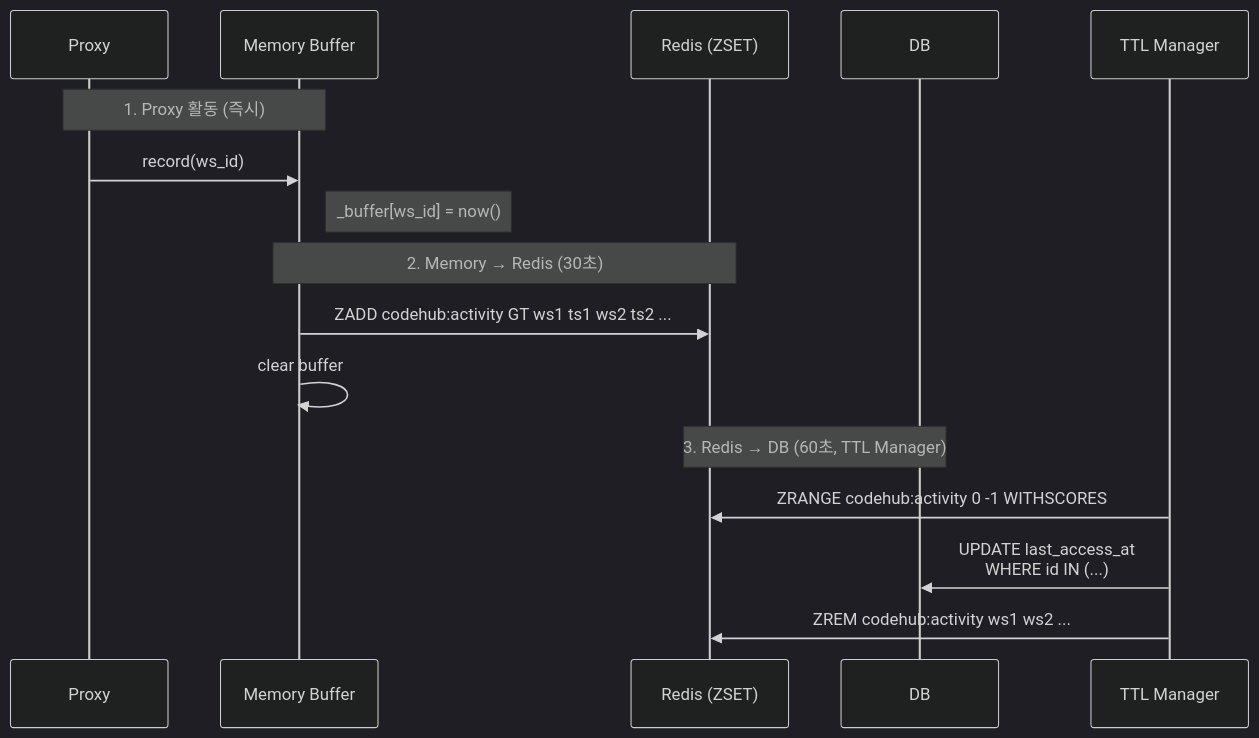
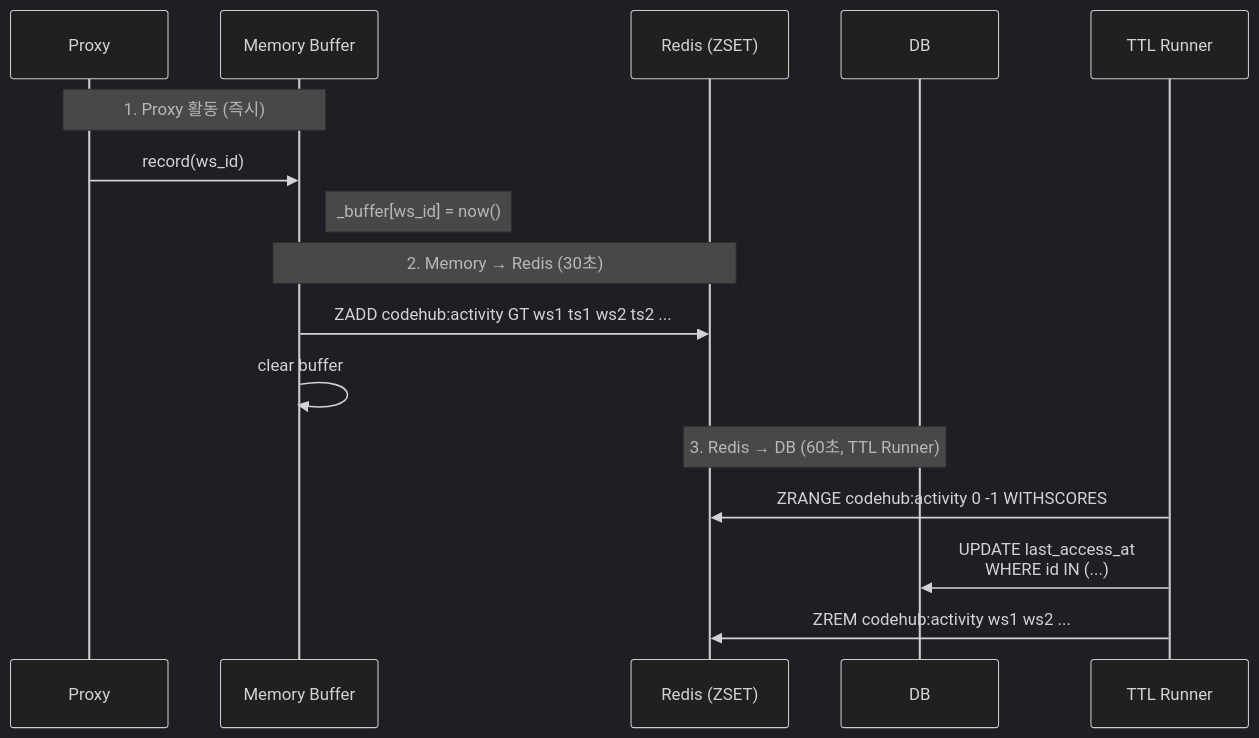
One commit to cagojeiger/code-hub changed the first of 5 diagrams in docs/architecture/ttl-manager.md. Above: the diagram before and after it, drawn with Mermaid (dark theme). The commit also changed other lines of this file and 8 other files, not shown here.

````diff
--- a/docs/architecture/ttl-manager.md
+++ b/docs/architecture/ttl-manager.md
@@ -36,21 +36,21 @@
 ```mermaid
 sequenceDiagram
     participant P as Proxy
     participant M as Memory Buffer
     participant R as Redis (ZSET)
     participant D as DB
-    participant T as TTL Manager
+    participant T as TTL Runner
 
     Note over P,M: 1. Proxy 활동 (즉시)
     P->>M: record(ws_id)
     Note right of M: _buffer[ws_id] = now()
 
     Note over M,R: 2. Memory → Redis (30초)
     M->>R: ZADD codehub:activity GT ws1 ts1 ws2 ts2 ...
     M->>M: clear buffer
 
-    Note over R,D: 3. Redis → DB (60초, TTL Manager)
+    Note over R,D: 3. Redis → DB (60초, TTL Runner)
     T->>R: ZRANGE codehub:activity 0 -1 WITHSCORES
     T->>D: UPDATE last_access_at<br/>WHERE id IN (...)
     T->>R: ZREM codehub:activity ws1 ws2 ...
 ```
````
